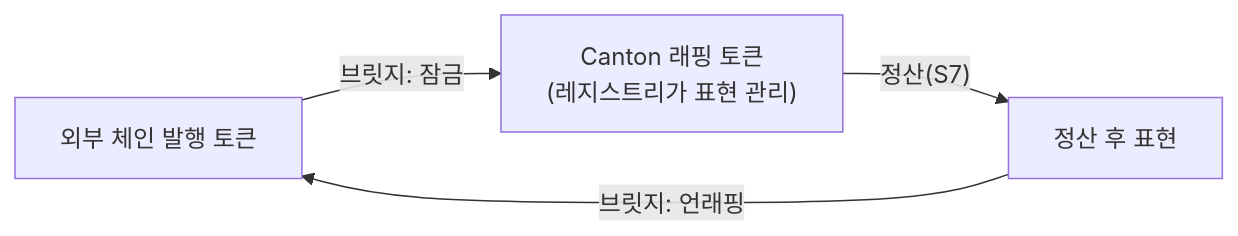
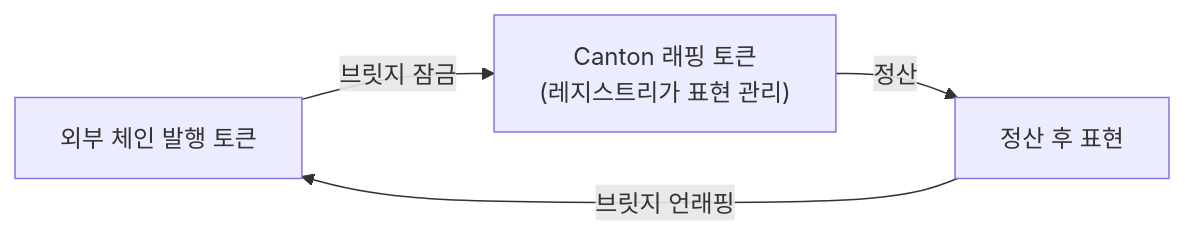
Before and after one commit to eunsujeo/canton-docs: the first of 2 diagrams in wiki/canton-course/s08-tokens-registry.md, drawn with Mermaid. The commit also changed other lines of this file and 18 other files, not shown here.

````diff
--- a/wiki/canton-course/s08-tokens-registry.md
+++ b/wiki/canton-course/s08-tokens-registry.md
@@ -71,6 +56,6 @@
 ```mermaid
 flowchart LR
-  EXT["외부 체인 발행 토큰"] -->|"브릿지: 잠금"| WRAP["Canton 래핑 토큰<br/>(레지스트리가 표현 관리)"]
-  WRAP -->|"정산(S7)"| WRAP2["정산 후 표현"]
-  WRAP2 -->|"브릿지: 언래핑"| EXT
+  EXT["외부 체인 발행 토큰"] -->|"브릿지 잠금"| WRAP["Canton 래핑 토큰<br/>(레지스트리가 표현 관리)"]
+  WRAP -->|"정산"| WRAP2["정산 후 표현"]
+  WRAP2 -->|"브릿지 언래핑"| EXT
 ```
````
